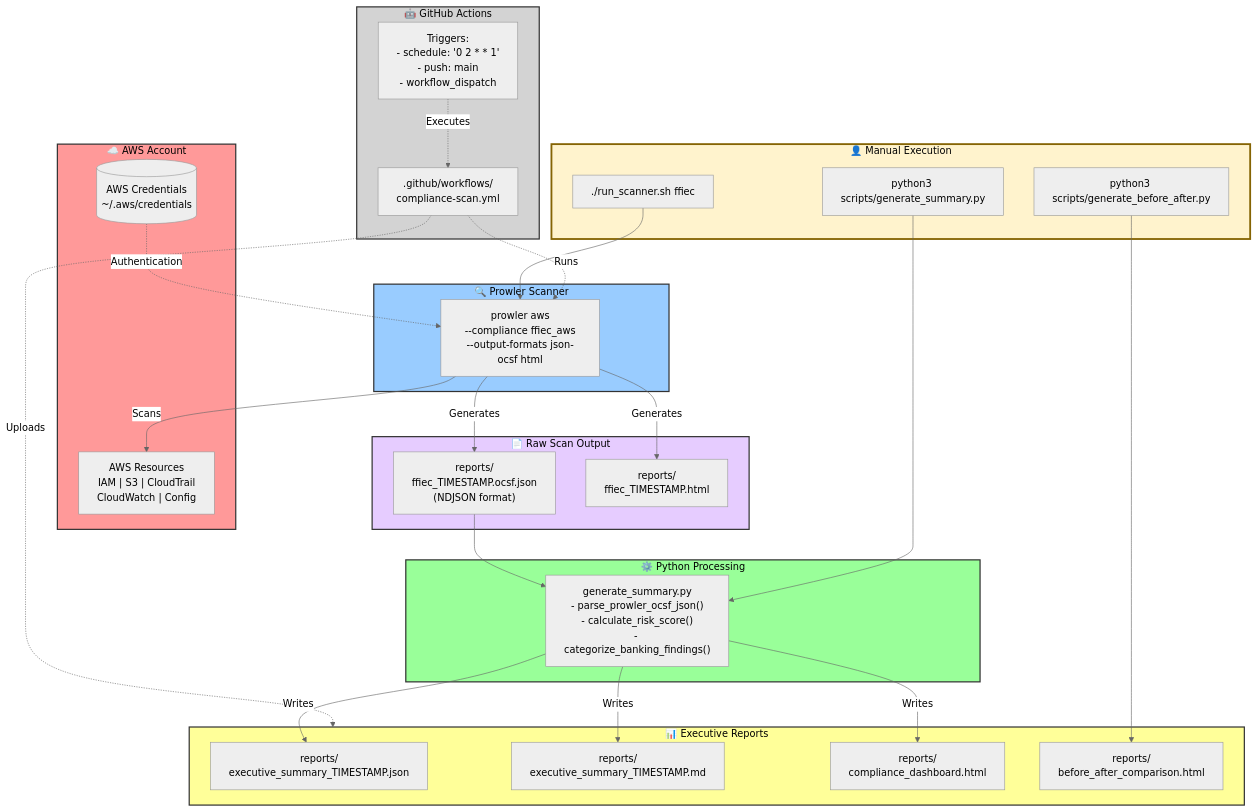
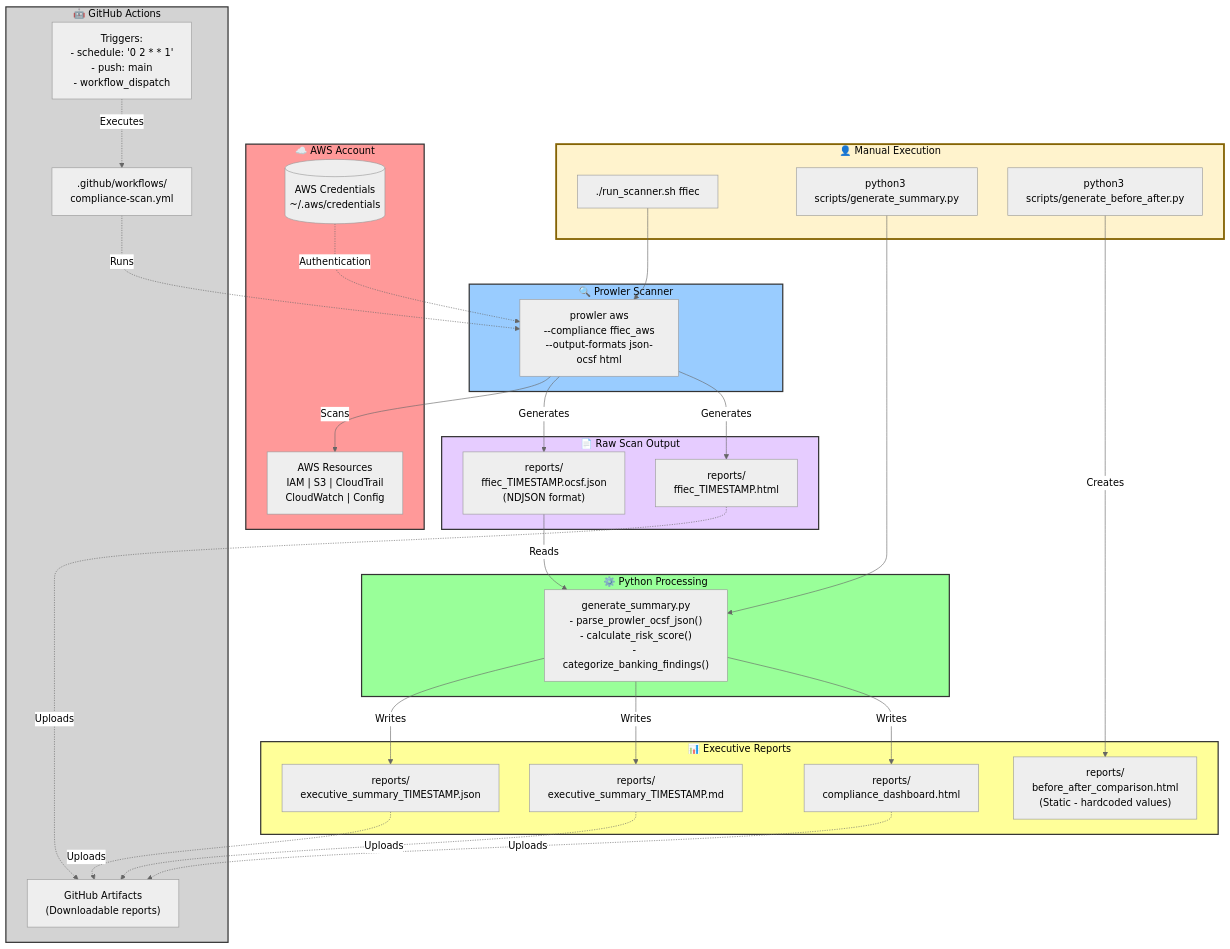
One commit to Taylorwaldo/cloud-banking-compliance-scanner changed the diagram in README.md. Above: the diagram before and after it, drawn with Mermaid (neutral theme).

````diff
--- a/README.md
+++ b/README.md
@@ -29,64 +29,68 @@
 ```mermaid
 flowchart TB
     subgraph Manual["👤 Manual Execution"]
         CMD1["./run_scanner.sh ffiec"]
         CMD2["python3 scripts/generate_summary.py"]
         CMD3["python3 scripts/generate_before_after.py"]
     end
     
     subgraph AWS["☁️ AWS Account"]
         CREDS[("AWS Credentials<br/>~/.aws/credentials")]
         RESOURCES["AWS Resources<br/>IAM | S3 | CloudTrail<br/>CloudWatch | Config"]
     end
     
     subgraph Scanner["🔍 Prowler Scanner"]
         PROWLER["prowler aws<br/>--compliance ffiec_aws<br/>--output-formats json-ocsf html"]
     end
     
     subgraph RawOutput["📄 Raw Scan Output"]
         OCSF["reports/<br/>ffiec_TIMESTAMP.ocsf.json<br/>(NDJSON format)"]
         HTML1["reports/<br/>ffiec_TIMESTAMP.html"]
     end
     
     subgraph Processing["⚙️ Python Processing"]
         PARSER["generate_summary.py<br/>- parse_prowler_ocsf_json()<br/>- calculate_risk_score()<br/>- categorize_banking_findings()"]
     end
     
     subgraph FinalReports["📊 Executive Reports"]
         JSON["reports/<br/>executive_summary_TIMESTAMP.json"]
         MD["reports/<br/>executive_summary_TIMESTAMP.md"]
         DASH["reports/<br/>compliance_dashboard.html"]
-        COMPARE["reports/<br/>before_after_comparison.html"]
+        COMPARE["reports/<br/>before_after_comparison.html<br/>(Static - hardcoded values)"]
     end
     
     subgraph Automation["🤖 GitHub Actions"]
         TRIGGER["Triggers:<br/>- schedule: '0 2 * * 1'<br/>- push: main<br/>- workflow_dispatch"]
         WORKFLOW[".github/workflows/<br/>compliance-scan.yml"]
+        ARTIFACTS["GitHub Artifacts<br/>(Downloadable reports)"]
     end
     
     CMD1 --> PROWLER
     CREDS -.->|Authentication| PROWLER
     PROWLER -->|Scans| RESOURCES
     PROWLER -->|Generates| OCSF
     PROWLER -->|Generates| HTML1
     
-    OCSF --> PARSER
+    OCSF -->|Reads| PARSER
     CMD2 --> PARSER
     PARSER -->|Writes| JSON
     PARSER -->|Writes| MD
     PARSER -->|Writes| DASH
     
-    CMD3 --> COMPARE
+    CMD3 -->|Creates| COMPARE
     
     TRIGGER -.->|Executes| WORKFLOW
     WORKFLOW -.->|Runs| PROWLER
-    WORKFLOW -.->|Uploads| FinalReports
+    JSON -.->|Uploads| ARTIFACTS
+    MD -.->|Uploads| ARTIFACTS
+    DASH -.->|Uploads| ARTIFACTS
+    HTML1 -.->|Uploads| ARTIFACTS
     
     style Manual fill:#fff3cd,stroke:#856404,stroke-width:3px,color:#000
     style AWS fill:#ff9999,stroke:#333,stroke-width:2px,color:#000
     style Scanner fill:#99ccff,stroke:#333,stroke-width:2px,color:#000
     style RawOutput fill:#e6ccff,stroke:#333,stroke-width:2px,color:#000
     style Processing fill:#99ff99,stroke:#333,stroke-width:2px,color:#000
     style FinalReports fill:#ffff99,stroke:#333,stroke-width:2px,color:#000
     style Automation fill:#d3d3d3,stroke:#333,stroke-width:2px,color:#000
 ```
````
